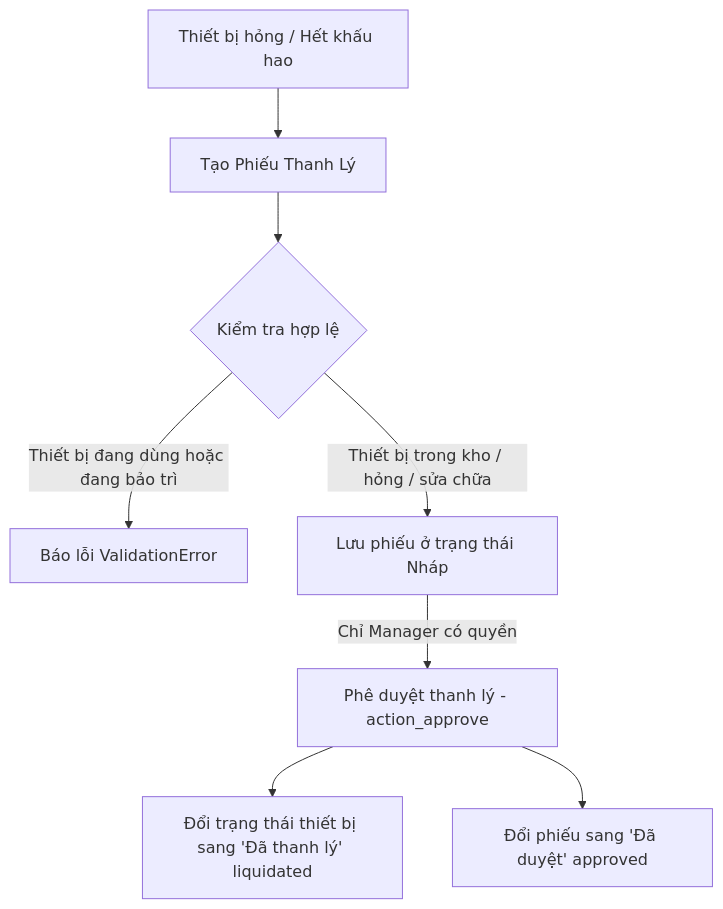
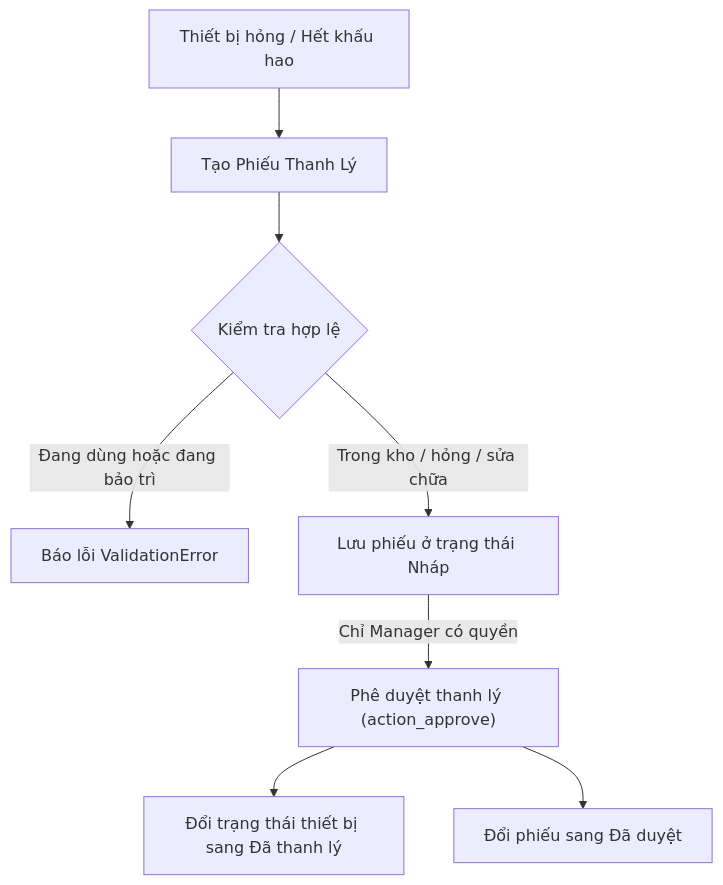
The fifth of 5 diagrams in README.md (ShibaDeku99/odoo-company-equipment), drawn with Mermaid before and after one commit. The commit also changed other lines of this file, not shown here.

Commit message:
fix(docs): resolve Mermaid syntax error on GitHub renderer

````diff
--- a/README.md
+++ b/README.md
@@ -170,10 +170,10 @@
 ```mermaid
 flowchart TD
-    Start[Thiết bị hỏng / Hết khấu hao] --> Create[Tạo Phiếu Thanh Lý]
-    Create --> Check{Kiểm tra hợp lệ}
-    Check -- Thiết bị đang dùng hoặc đang bảo trì --> Reject[Báo lỗi ValidationError]
-    Check -- Thiết bị trong kho / hỏng / sửa chữa --> Draft[Lưu phiếu ở trạng thái Nháp]
-    Draft -->|Chỉ Manager có quyền| Approve[Phê duyệt thanh lý - action_approve]
-    Approve --> UpdateState[Đổi trạng thái thiết bị sang 'Đã thanh lý' liquidated]
-    Approve --> DoneState[Đổi phiếu sang 'Đã duyệt' approved]
+    Start["Thiết bị hỏng / Hết khấu hao"] --> Create["Tạo Phiếu Thanh Lý"]
+    Create --> Check{"Kiểm tra hợp lệ"}
+    Check -->|"Đang dùng hoặc đang bảo trì"| Reject["Báo lỗi ValidationError"]
+    Check -->|"Trong kho / hỏng / sửa chữa"| Draft["Lưu phiếu ở trạng thái Nháp"]
+    Draft -->|"Chỉ Manager có quyền"| Approve["Phê duyệt thanh lý (action_approve)"]
+    Approve --> UpdateState["Đổi trạng thái thiết bị sang Đã thanh lý"]
+    Approve --> DoneState["Đổi phiếu sang Đã duyệt"]
 ```
````
